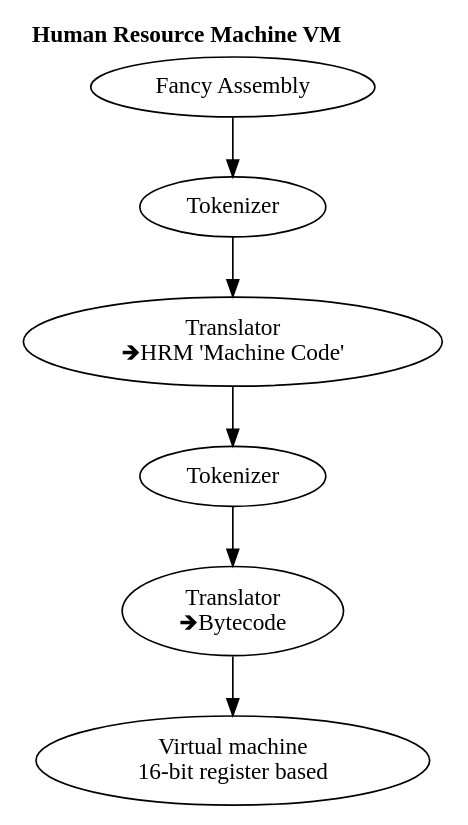
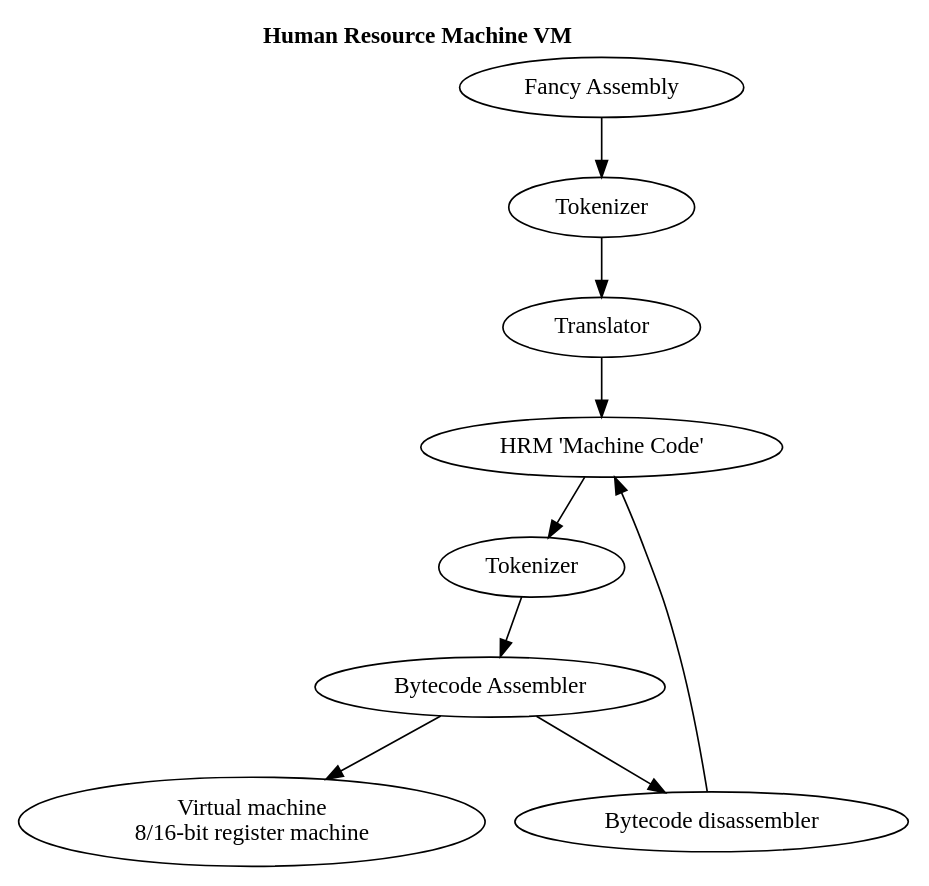
Before and after one commit to SV-97/HumanResourceMachine: the diagram in architecture.dot, drawn with Graphviz. The commit also changed 1 other file, not shown here.

Commit message:
Edited to reflect new architecture

```diff
--- a/architecture.dot
+++ b/architecture.dot
@@ -1,12 +1,15 @@
 digraph G {
     labelloc = "t";
     label = <<B>Human Resource Machine VM</B>>;
     myasm [label="Fancy Assembly"];
     tok [label="Tokenizer"];
-    trans_1 [label="Translator\n🡺HRM 'Machine Code'"];
+    trans_1 [label="Translator"];
+    hrm [label="HRM 'Machine Code'"];
     myasm -> tok -> trans_1;
     tok2 [label="Tokenizer"];
-    byte [label="Translator\n🡺Bytecode"];
-    vm [label="Virtual machine\n16-bit register based"];
-    trans_1 -> tok2 -> byte -> vm;
+    byte [label="Bytecode Assembler"];
+    dis [label="Bytecode disassembler"];
+    vm [label="Virtual machine\n8/16-bit register machine"];
+    trans_1 -> hrm -> tok2 -> byte -> vm;
+    byte -> dis -> hrm
 }
```
